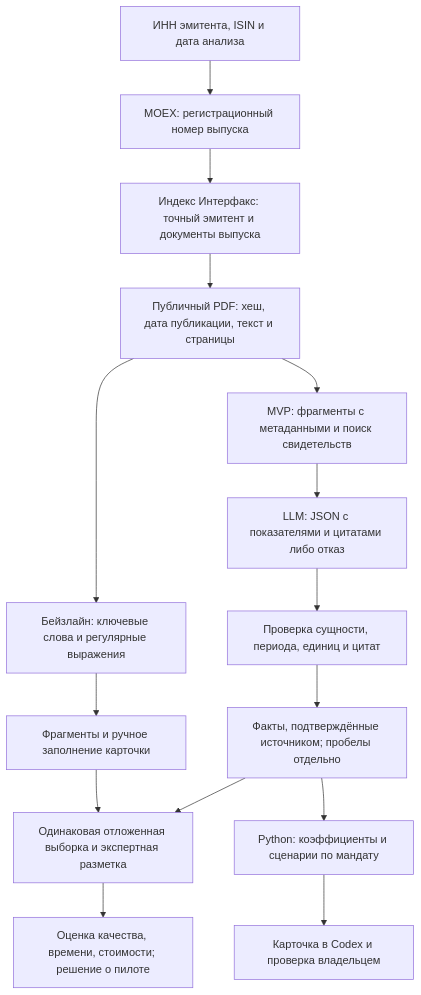
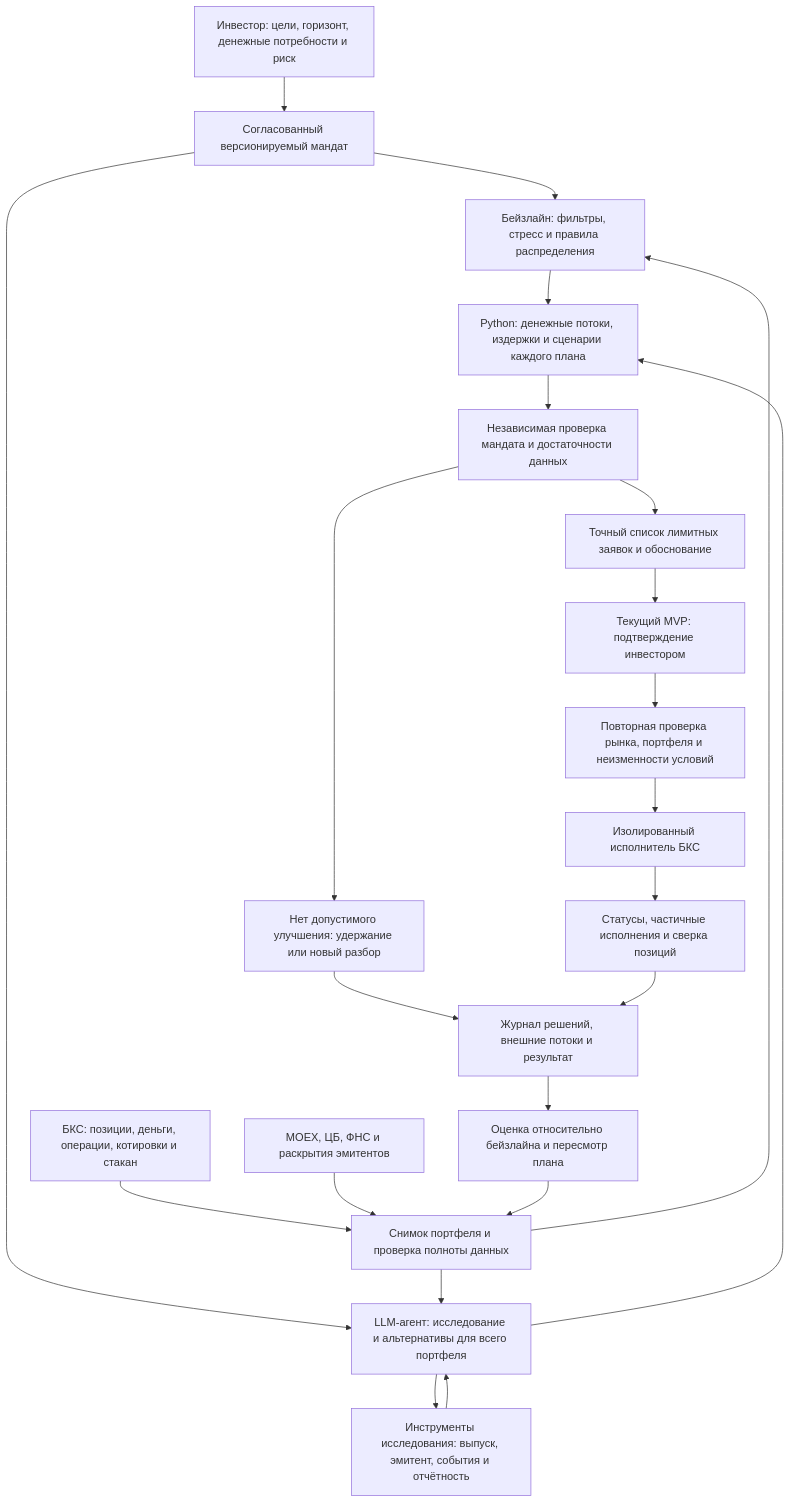
The diagram in docs/ml_system_design_doc.md (IakovlevAn/invest-agent), drawn with Mermaid before and after one commit. The commit also changed other lines of this file and 1 other file, not shown here.

````diff
--- a/docs/ml_system_design_doc.md
+++ b/docs/ml_system_design_doc.md
@@ -109,17 +176,25 @@
 ```mermaid
 flowchart TD
-    A[ИНН эмитента, ISIN и дата анализа] --> B[MOEX: регистрационный номер выпуска]
-    B --> C[Индекс Интерфакс: точный эмитент и документы выпуска]
-    C --> D[Публичный PDF: хеш, дата публикации, текст и страницы]
-    D --> E[Бейзлайн: ключевые слова и регулярные выражения]
-    E --> F[Фрагменты и ручное заполнение карточки]
-    D --> G[MVP: фрагменты с метаданными и поиск свидетельств]
-    G --> H[LLM: JSON с показателями и цитатами либо отказ]
-    H --> I[Проверка сущности, периода, единиц и цитат]
-    I --> J[Факты, подтверждённые источником; пробелы отдельно]
-    F --> K[Одинаковая отложенная выборка и экспертная разметка]
-    J --> K
-    J --> L[Python: коэффициенты и сценарии по мандату]
-    L --> M[Карточка в Codex и проверка владельцем]
-    K --> N[Оценка качества, времени, стоимости; решение о пилоте]
+    U[Инвестор: цели, горизонт, денежные потребности и риск] --> M[Согласованный версионируемый мандат]
+    B[БКС: позиции, деньги, операции, котировки и стакан] --> S[Снимок портфеля и проверка полноты данных]
+    D[MOEX, ЦБ, ФНС и раскрытия эмитентов] --> S
+    M --> R[Бейзлайн: фильтры, стресс и правила распределения]
+    S --> R
+    M --> A[LLM-агент: исследование и альтернативы для всего портфеля]
+    S --> A
+    A --> T[Инструменты исследования: выпуск, эмитент, события и отчётность]
+    T --> A
+    R --> C[Python: денежные потоки, издержки и сценарии каждого плана]
+    A --> C
+    C --> P[Независимая проверка мандата и достаточности данных]
+    P --> N[Нет допустимого улучшения: удержание или новый разбор]
+    P --> Q[Точный список лимитных заявок и обоснование]
+    Q --> H[Текущий MVP: подтверждение инвестором]
+    H --> V[Повторная проверка рынка, портфеля и неизменности условий]
+    V --> E[Изолированный исполнитель БКС]
+    E --> J[Статусы, частичные исполнения и сверка позиций]
+    N --> L[Журнал решений, внешние потоки и результат]
+    J --> L
+    L --> F[Оценка относительно бейзлайна и пересмотр плана]
+    F --> S
 ```
````
